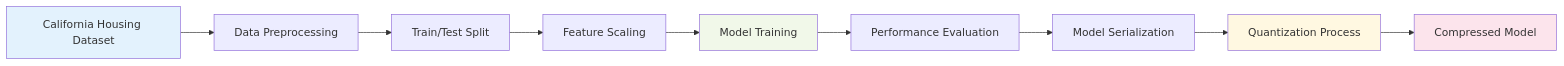
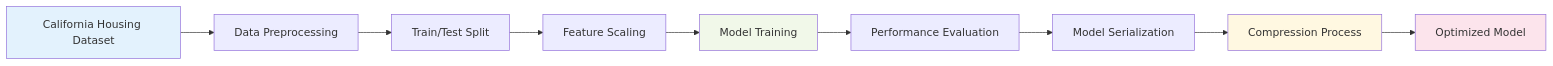
Before and after one commit to cph0r/mlops-major-exam: the second of 7 diagrams in README.md, drawn with Mermaid. The commit also changed other lines of this file and 8 other files, not shown here.

````diff
--- a/README.md
+++ b/README.md
@@ -43,16 +43,16 @@
 ```mermaid
 flowchart LR
     A[California Housing Dataset] --> B[Data Preprocessing]
     B --> C[Train/Test Split]
     C --> D[Feature Scaling]
     D --> E[Model Training]
     E --> F[Performance Evaluation]
     F --> G[Model Serialization]
-    G --> H[Quantization Process]
-    H --> I[Compressed Model]
+    G --> H[Compression Process]
+    H --> I[Optimized Model]
     
     style A fill:#e3f2fd
     style E fill:#f1f8e9
     style H fill:#fff8e1
     style I fill:#fce4ec
 ```
````
